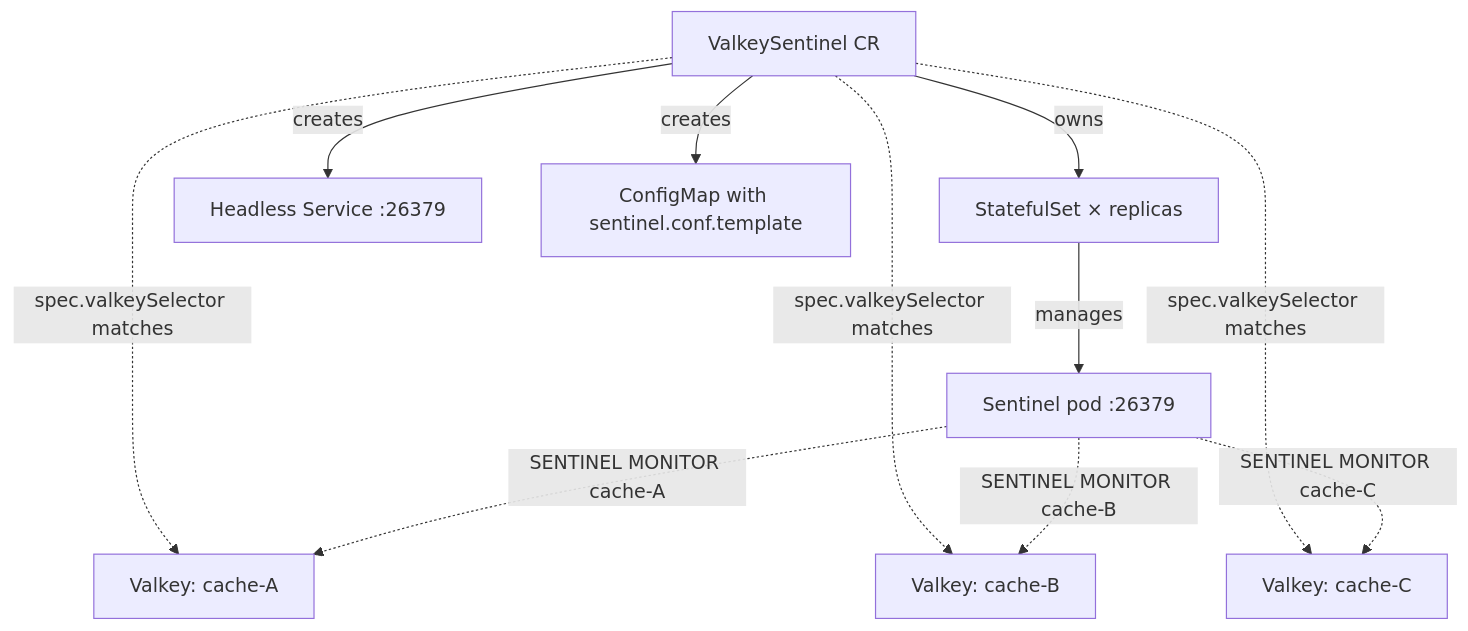
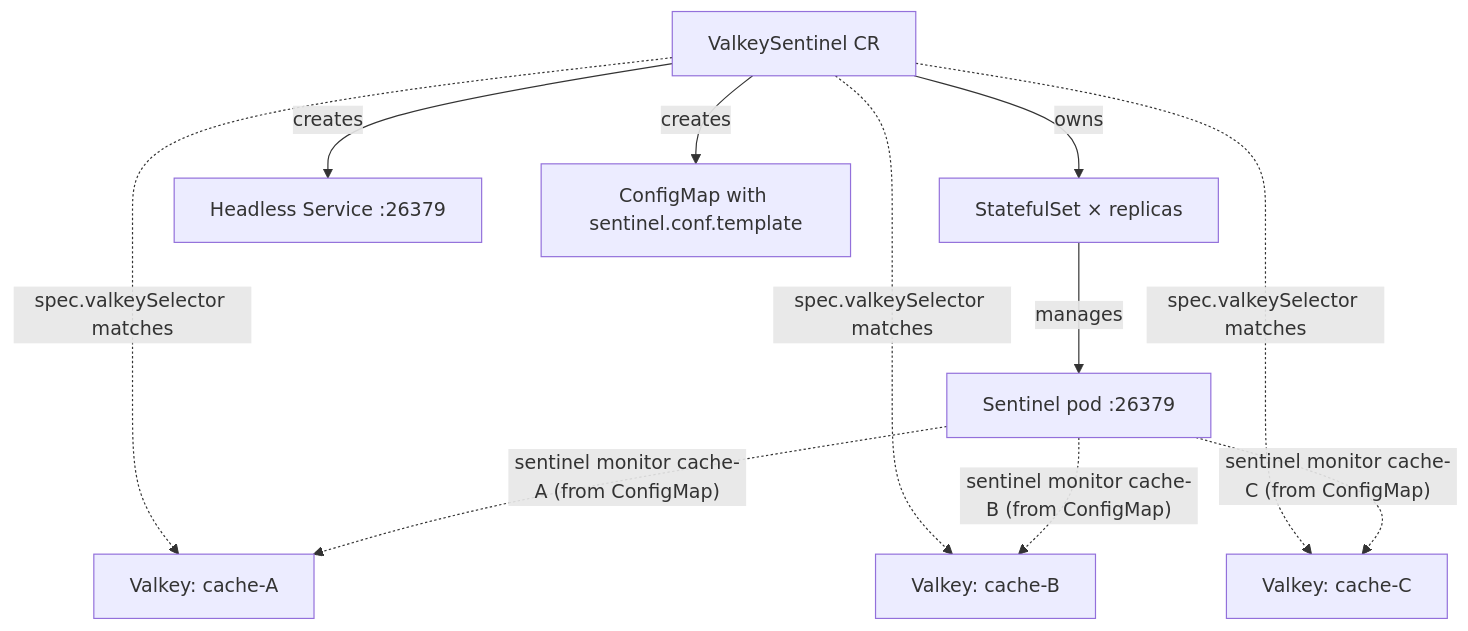
The diagram in docs/valkeysentinel.md (skinny/valkey-operator), drawn with Mermaid before and after one commit. The commit also changed other lines of this file and 10 other files, not shown here.

````diff
--- a/docs/valkeysentinel.md
+++ b/docs/valkeysentinel.md
@@ -113,19 +129,19 @@
 ```mermaid
 graph TD
     S[ValkeySentinel CR]
     S -->|owns| SS[StatefulSet × replicas]
     SS -->|manages| SP[Sentinel pod :26379]
     S -->|creates| Svc[Headless Service :26379]
     S -->|creates| CM[ConfigMap with sentinel.conf.template]
 
     V1[Valkey: cache-A]
     V2[Valkey: cache-B]
     V3[Valkey: cache-C]
     S -.->|spec.valkeySelector matches| V1
     S -.->|spec.valkeySelector matches| V2
     S -.->|spec.valkeySelector matches| V3
 
-    SP -.->|"SENTINEL MONITOR cache-A"| V1
-    SP -.->|"SENTINEL MONITOR cache-B"| V2
-    SP -.->|"SENTINEL MONITOR cache-C"| V3
+    SP -.->|"sentinel monitor cache-A (from ConfigMap)"| V1
+    SP -.->|"sentinel monitor cache-B (from ConfigMap)"| V2
+    SP -.->|"sentinel monitor cache-C (from ConfigMap)"| V3
 ```
````
